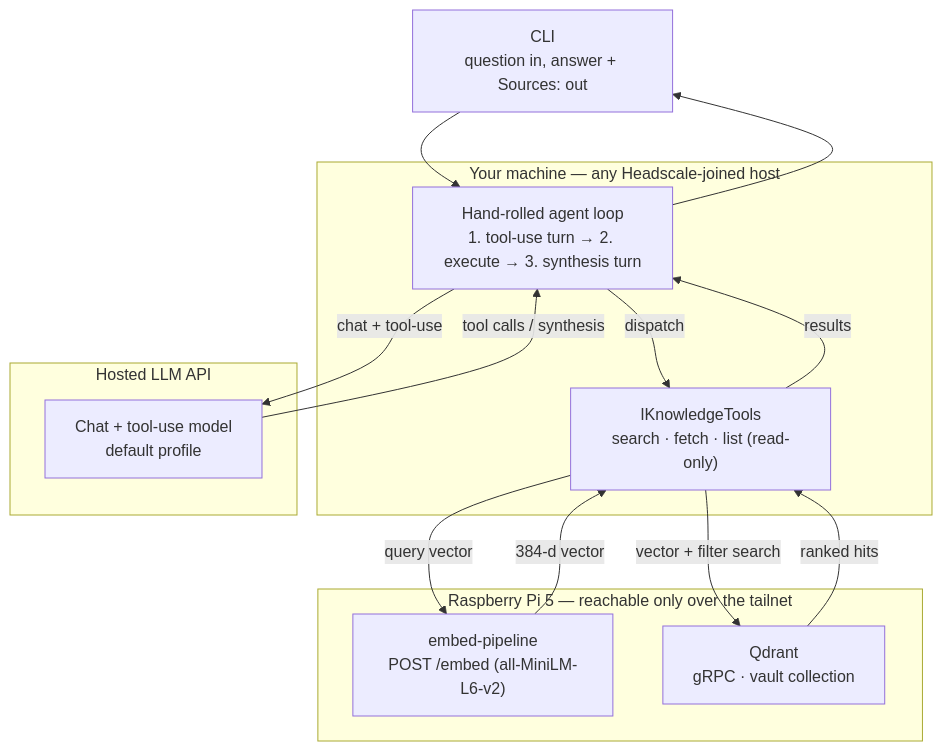
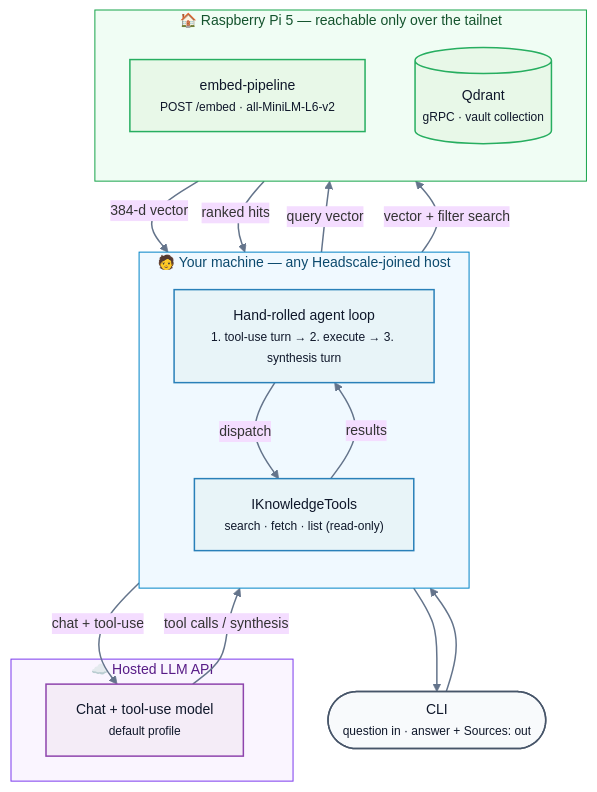
One commit to stefandango/agentic-rag changed the diagram in README.md. Above: the diagram before and after it, drawn with Mermaid. The commit also changed other lines of this file, not shown here.

````diff
--- a/README.md
+++ b/README.md
@@ -16,29 +16,53 @@
 ```mermaid
+%%{init: {'theme':'base', 'themeVariables': {
+  'fontFamily': 'ui-sans-serif, -apple-system, Segoe UI, sans-serif',
+  'fontSize': '14px',
+  'primaryBorderColor': '#475569',
+  'lineColor': '#64748b'
+}}}%%
 flowchart TB
-    cli["CLI<br/>question in, answer + Sources: out"]
+    cli(["CLI<br/><span style='font-size:12px;color:#475569'>question in · answer + Sources: out</span>"])
 
-    subgraph host["Your machine — any Headscale-joined host"]
-        loop["Hand-rolled agent loop<br/>1. tool-use turn → 2. execute → 3. synthesis turn"]
-        tools["IKnowledgeTools<br/>search · fetch · list (read-only)"]
+    subgraph host["🧑 Your machine — any Headscale-joined host"]
+        direction TB
+        loop["Hand-rolled agent loop<br/><span style='font-size:12px;color:#475569'>1. tool-use turn → 2. execute → 3. synthesis turn</span>"]
+        tools["IKnowledgeTools<br/><span style='font-size:12px;color:#475569'>search · fetch · list (read-only)</span>"]
     end
 
-    subgraph cloud["Hosted LLM API"]
-        mistral["Chat + tool-use model<br/>default profile"]
+    subgraph cloud["☁️ Hosted LLM API"]
+        mistral["Chat + tool-use model<br/><span style='font-size:12px;color:#475569'>default profile</span>"]
     end
 
-    subgraph pi["Raspberry Pi 5 — reachable only over the tailnet"]
-        embed["embed-pipeline<br/>POST /embed (all-MiniLM-L6-v2)"]
-        qdrant["Qdrant<br/>gRPC · vault collection"]
+    subgraph pi["🏠 Raspberry Pi 5 — reachable only over the tailnet"]
+        direction TB
+        embed["embed-pipeline<br/><span style='font-size:12px;color:#475569'>POST /embed · all-MiniLM-L6-v2</span>"]
+        qdrant[("Qdrant<br/><span style='font-size:12px;color:#475569'>gRPC · vault collection</span>")]
     end
 
     cli --> loop
     loop -- "chat + tool-use" --> mistral
     mistral -- "tool calls / synthesis" --> loop
     loop -- "dispatch" --> tools
     tools -- "query vector" --> embed
     tools -- "vector + filter search" --> qdrant
     embed -- "384-d vector" --> tools
     qdrant -- "ranked hits" --> tools
     tools -- "results" --> loop
     loop --> cli
+
+    classDef hostStyle fill:#e8f4f8,stroke:#2980b9,stroke-width:1.5px,color:#0f172a
+    classDef cloudStyle fill:#f4ecf7,stroke:#8e44ad,stroke-width:1.5px,color:#0f172a
+    classDef piStyle fill:#e8f8e8,stroke:#27ae60,stroke-width:1.5px,color:#0f172a
+    classDef cliStyle fill:#f8fafc,stroke:#475569,stroke-width:1.5px,color:#0f172a
+
+    class loop,tools hostStyle
+    class mistral cloudStyle
+    class embed,qdrant piStyle
+    class cli cliStyle
+
+    style host fill:#f0f9ff,stroke:#0284c7,stroke-width:1px,color:#0c4a6e
+    style cloud fill:#faf5ff,stroke:#7c3aed,stroke-width:1px,color:#581c87
+    style pi fill:#f0fdf4,stroke:#16a34a,stroke-width:1px,color:#14532d
+
+    linkStyle default stroke:#64748b,stroke-width:1.5px
 ```
````
